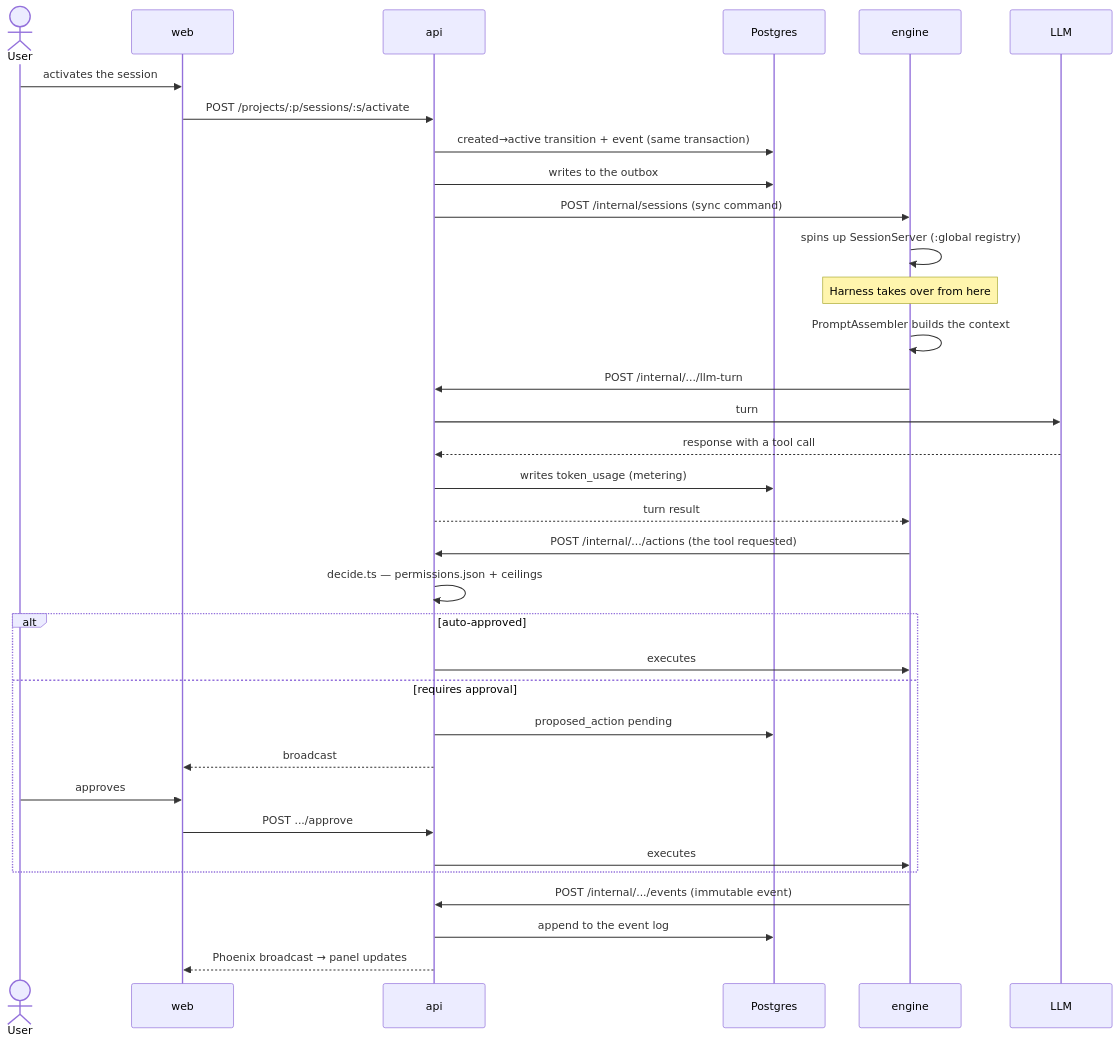
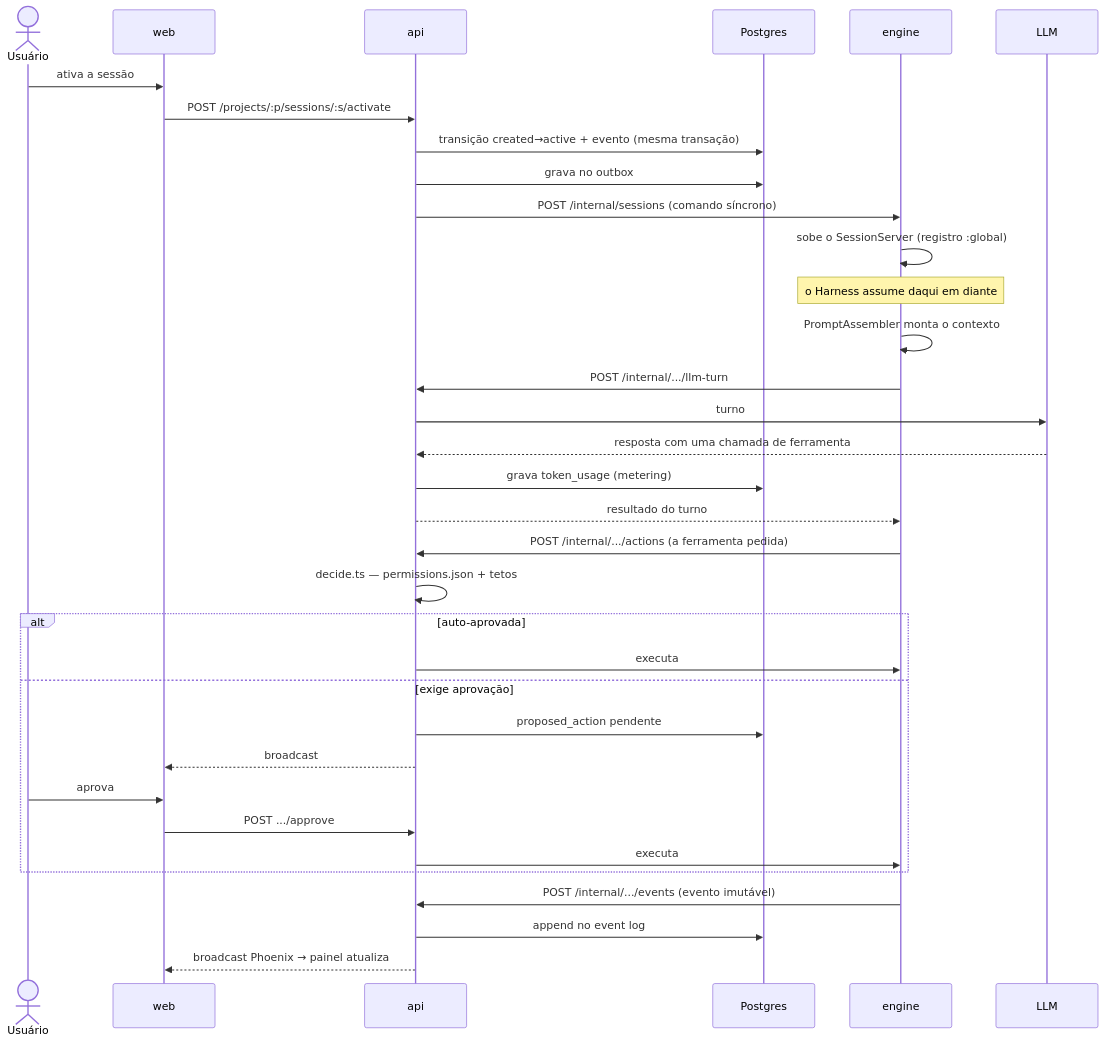
The second of 3 diagrams in docs/architecture.md (daneiel/brabo), drawn with Mermaid before and after one commit. The commit also changed other lines of this file and 35 other files, not shown here.

````diff
--- a/docs/architecture.md
+++ b/docs/architecture.md
@@ -464,39 +463,39 @@
 ```mermaid
 sequenceDiagram
-  actor U as User
+  actor U as Usuário
   participant W as web
   participant A as api
   participant P as Postgres
   participant E as engine
   participant M as LLM
 
-  U->>W: activates the session
+  U->>W: ativa a sessão
   W->>A: POST /projects/:p/sessions/:s/activate
-  A->>P: created→active transition + event (same transaction)
-  A->>P: writes to the outbox
-  A->>E: POST /internal/sessions (sync command)
-  E->>E: spins up SessionServer (:global registry)
+  A->>P: transição created→active + evento (mesma transação)
+  A->>P: grava no outbox
+  A->>E: POST /internal/sessions (comando síncrono)
+  E->>E: sobe o SessionServer (registro :global)
 
-  Note over E: Harness takes over from here
-  E->>E: PromptAssembler builds the context
+  Note over E: o Harness assume daqui em diante
+  E->>E: PromptAssembler monta o contexto
   E->>A: POST /internal/.../llm-turn
-  A->>M: turn
-  M-->>A: response with a tool call
-  A->>P: writes token_usage (metering)
-  A-->>E: turn result
+  A->>M: turno
+  M-->>A: resposta com uma chamada de ferramenta
+  A->>P: grava token_usage (metering)
+  A-->>E: resultado do turno
 
-  E->>A: POST /internal/.../actions (the tool requested)
-  A->>A: decide.ts — permissions.json + ceilings
-  alt auto-approved
-    A->>E: executes
-  else requires approval
-    A->>P: proposed_action pending
+  E->>A: POST /internal/.../actions (a ferramenta pedida)
+  A->>A: decide.ts — permissions.json + tetos
+  alt auto-aprovada
+    A->>E: executa
+  else exige aprovação
+    A->>P: proposed_action pendente
     A-->>W: broadcast
-    U->>W: approves
+    U->>W: aprova
     W->>A: POST .../approve
-    A->>E: executes
+    A->>E: executa
   end
-  E->>A: POST /internal/.../events (immutable event)
-  A->>P: append to the event log
-  A-->>W: Phoenix broadcast → panel updates
+  E->>A: POST /internal/.../events (evento imutável)
+  A->>P: append no event log
+  A-->>W: broadcast Phoenix → painel atualiza
 ```
````
